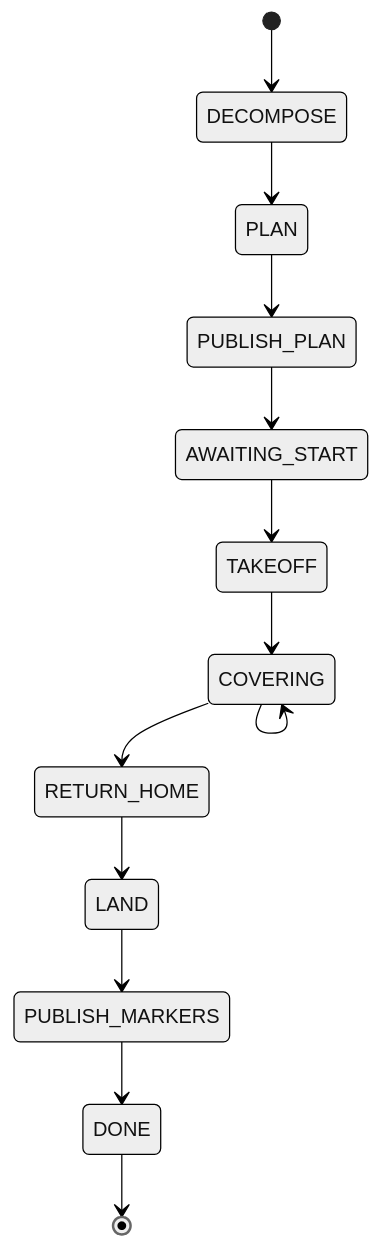
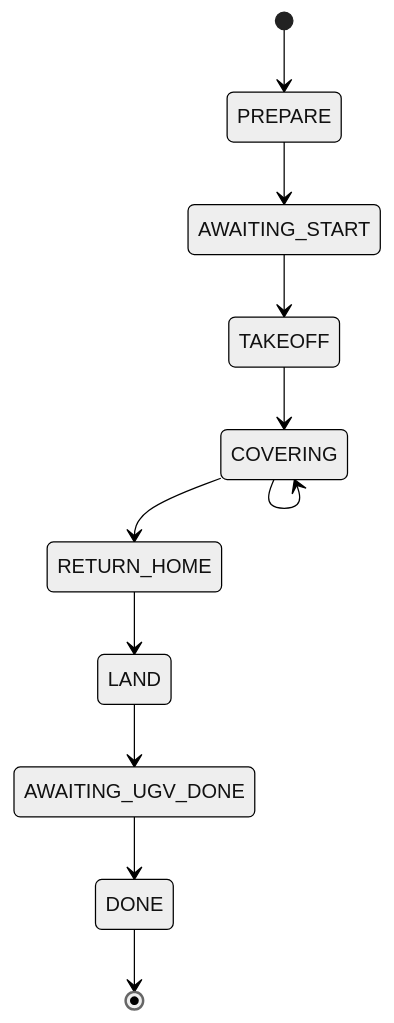
The second of 4 diagrams in README.md (sungho2574/uav-ugv-cooperation2), drawn with Mermaid (neutral theme) before and after one commit. The commit also changed other lines of this file and 7 other files, not shown here.

````diff
--- a/README.md
+++ b/README.md
@@ -169,15 +169,13 @@
 ```mermaid
 stateDiagram-v2
-    [*] --> DECOMPOSE
-    DECOMPOSE --> PLAN
-    PLAN --> PUBLISH_PLAN
-    PUBLISH_PLAN --> AWAITING_START
+    [*] --> PREPARE
+    PREPARE --> AWAITING_START
     AWAITING_START --> TAKEOFF
     TAKEOFF --> COVERING
     COVERING --> COVERING
     COVERING --> RETURN_HOME
     RETURN_HOME --> LAND
-    LAND --> PUBLISH_MARKERS
-    PUBLISH_MARKERS --> DONE
+    LAND --> AWAITING_UGV_DONE
+    AWAITING_UGV_DONE --> DONE
     DONE --> [*]
 ```
````
